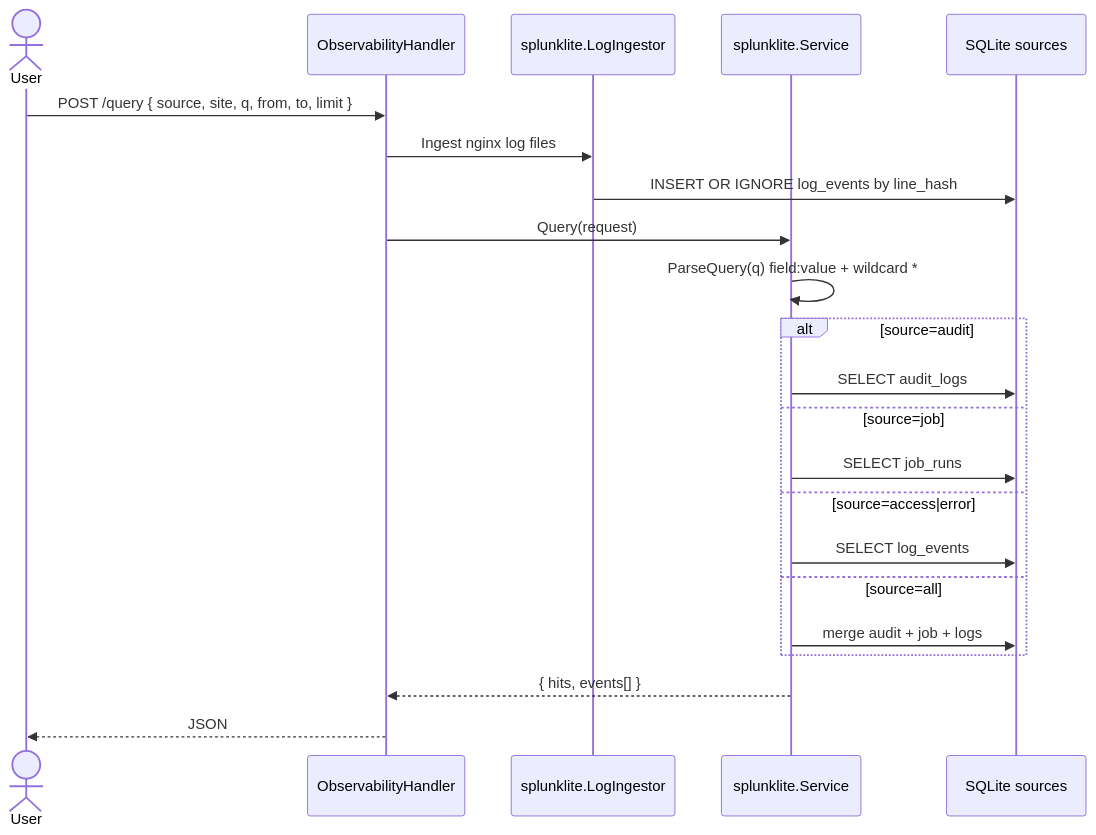
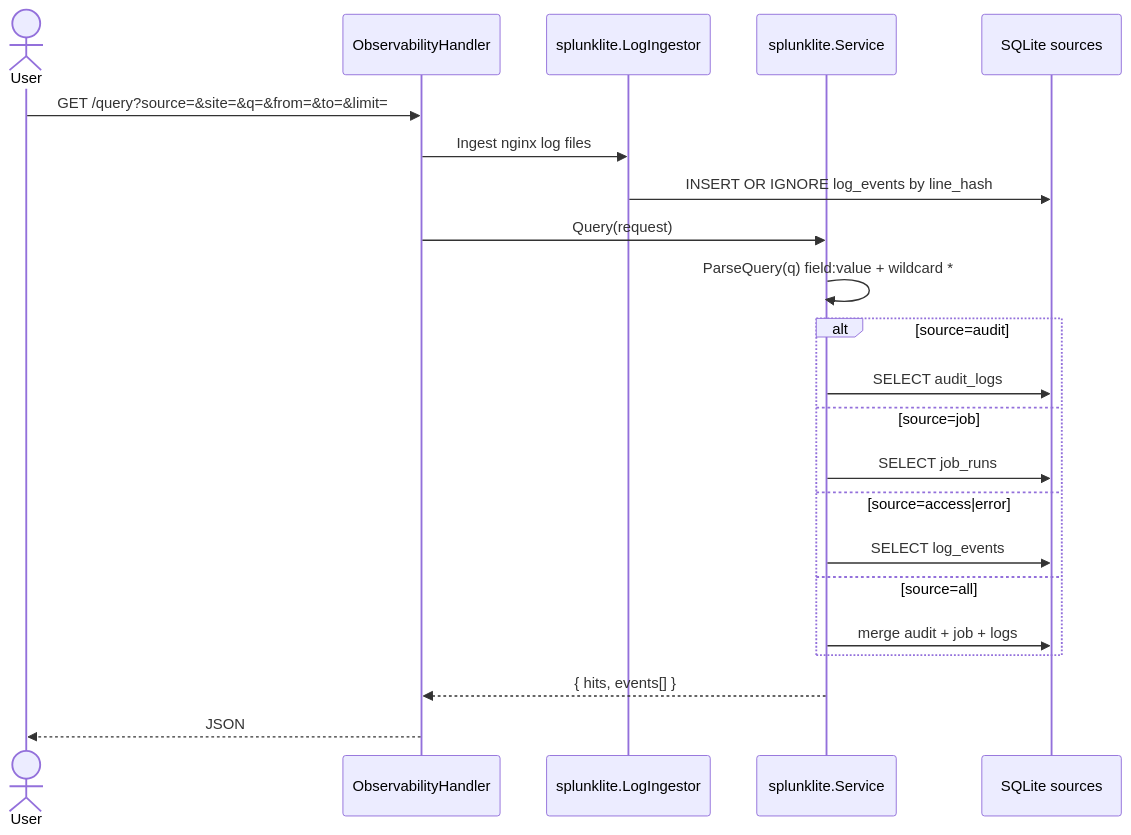
One commit to jahrulnr/GoSite changed the third of 3 diagrams in docs/sequences/17-splunk-lite.md. Above: the diagram before and after it, drawn with Mermaid. The commit also changed other lines of this file and 57 other files, not shown here.

````diff
--- a/docs/sequences/17-splunk-lite.md
+++ b/docs/sequences/17-splunk-lite.md
@@ -45,25 +45,25 @@
 ```mermaid
 sequenceDiagram
     actor User
     participant H as ObservabilityHandler
     participant I as splunklite.LogIngestor
     participant S as splunklite.Service
     participant DB as SQLite sources
 
-    User->>H: POST /query { source, site, q, from, to, limit }
+    User->>H: GET /query?source=&site=&q=&from=&to=&limit=
     H->>I: Ingest nginx log files
     I->>DB: INSERT OR IGNORE log_events by line_hash
     H->>S: Query(request)
     S->>S: ParseQuery(q) field:value + wildcard *
     alt source=audit
         S->>DB: SELECT audit_logs
     else source=job
         S->>DB: SELECT job_runs
     else source=access|error
         S->>DB: SELECT log_events
     else source=all
         S->>DB: merge audit + job + logs
     end
     S-->>H: { hits, events[] }
     H-->>User: JSON
 ```
````
